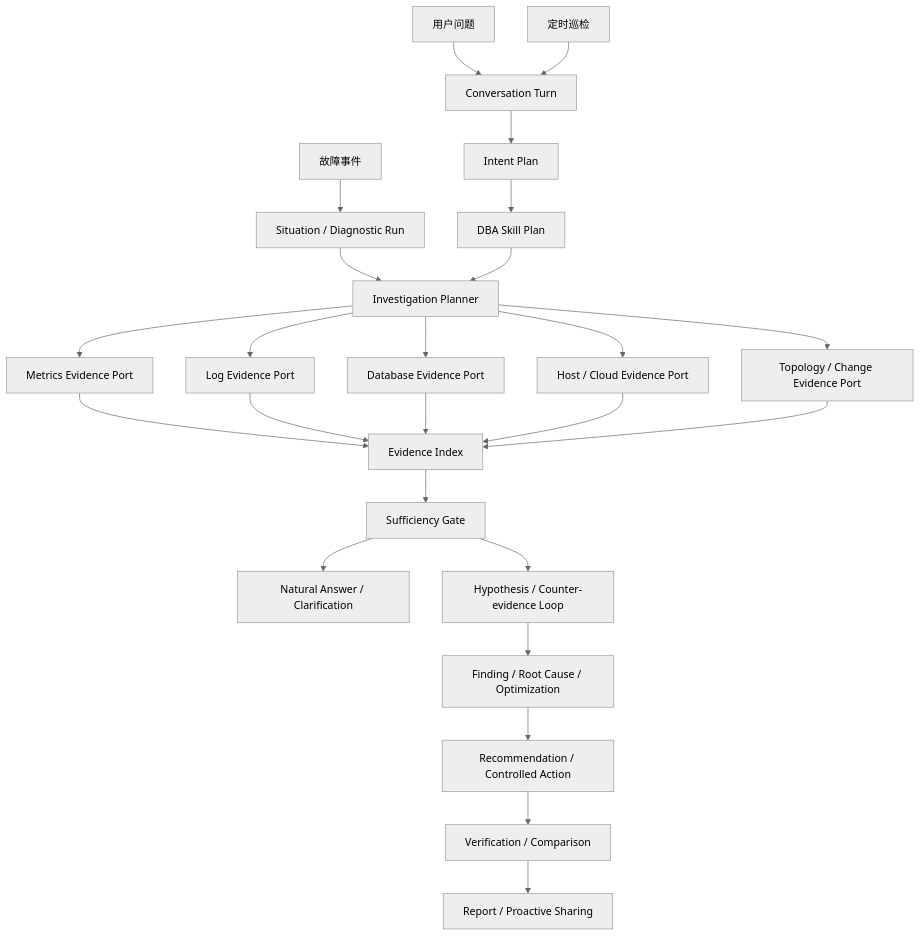
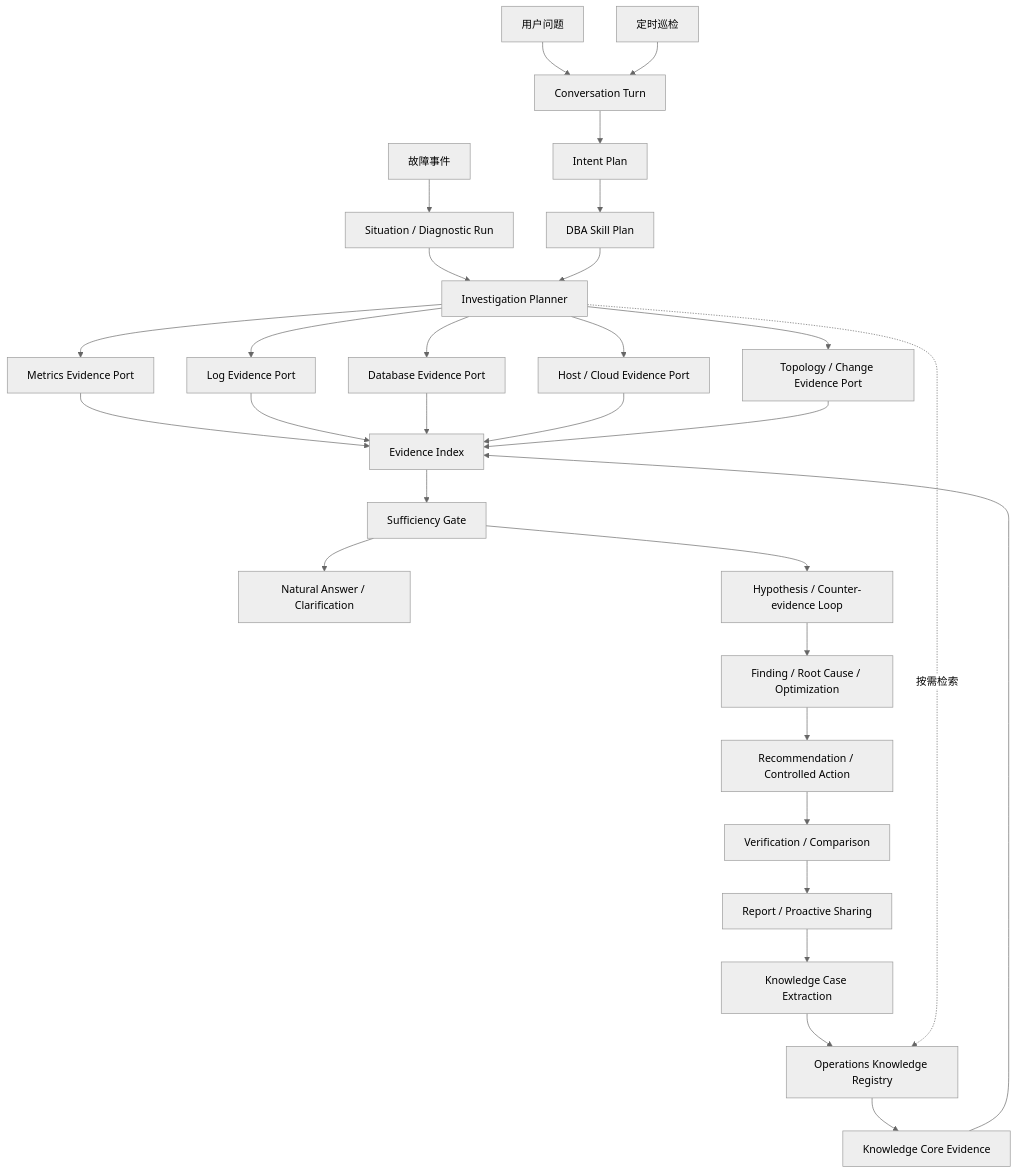
One commit to munger1985/kbot changed the diagram in docs/architecture/aiops-agent.md. Above: the diagram before and after it, drawn with Mermaid (neutral theme). The commit also changed other lines of this file and 5 other files, not shown here.

Commit message:
docs(aiops): design operations knowledge base

````diff
--- a/docs/architecture/aiops-agent.md
+++ b/docs/architecture/aiops-agent.md
@@ -14,30 +14,35 @@
 ```mermaid
 flowchart TD
     A1[故障事件] --> SIT[Situation / Diagnostic Run]
     A2[用户问题] --> TURN[Conversation Turn]
     A3[定时巡检] --> TURN
 
     SIT --> PLAN[Investigation Planner]
     TURN --> IP[Intent Plan]
     IP --> SP[DBA Skill Plan]
     SP --> PLAN
     PLAN --> MP[Metrics Evidence Port]
     PLAN --> LP[Log Evidence Port]
     PLAN --> DP[Database Evidence Port]
     PLAN --> HP[Host / Cloud Evidence Port]
     PLAN --> TP[Topology / Change Evidence Port]
 
     MP --> EI[Evidence Index]
     LP --> EI
     DP --> EI
     HP --> EI
     TP --> EI
 
     EI --> SG[Sufficiency Gate]
     SG --> ANS[Natural Answer / Clarification]
     SG --> H[Hypothesis / Counter-evidence Loop]
     H --> F[Finding / Root Cause / Optimization]
     F --> R[Recommendation / Controlled Action]
     R --> V[Verification / Comparison]
     V --> REP[Report / Proactive Sharing]
+    REP --> KE[Knowledge Case Extraction]
+    KE --> OKB[Operations Knowledge Registry]
+    PLAN -. 按需检索 .-> OKB
+    OKB --> KC[Knowledge Core Evidence]
+    KC --> EI
 ```
````
